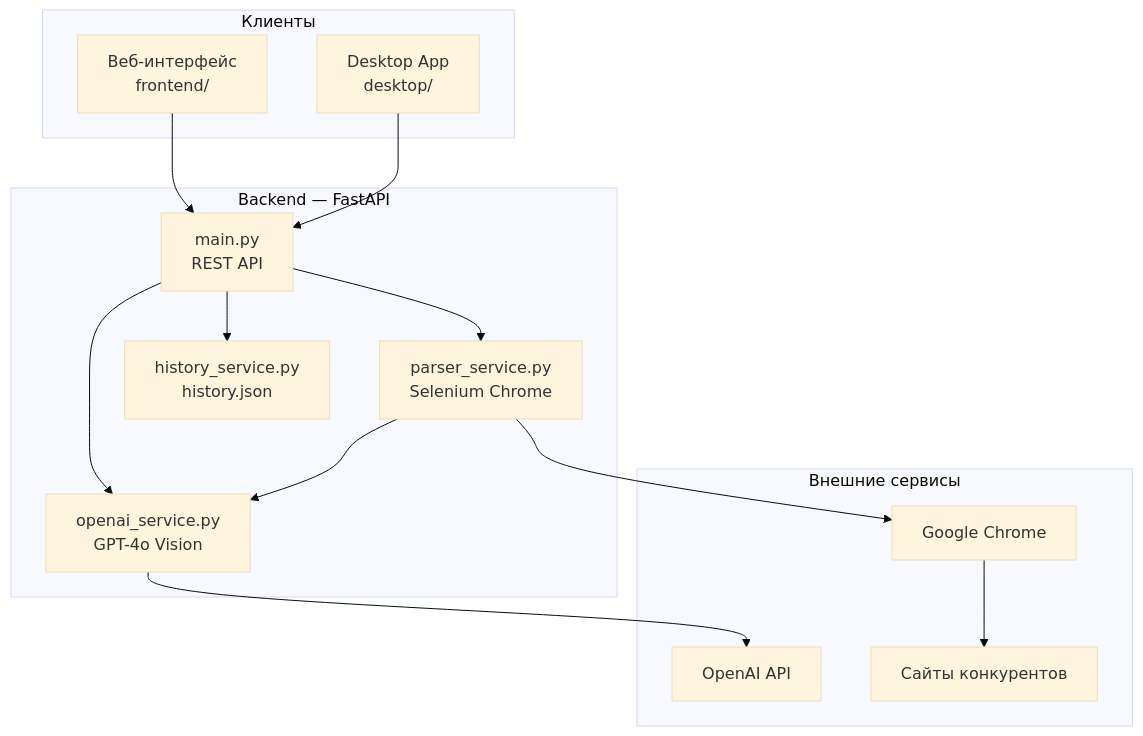
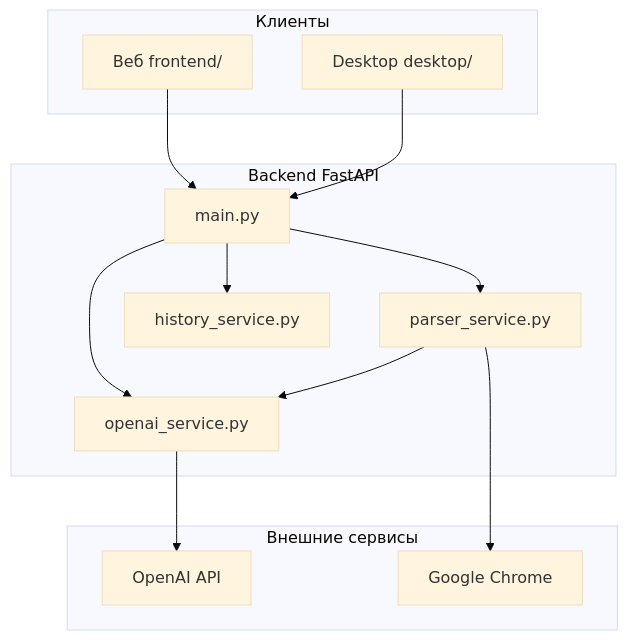
Before and after one commit to Dentoffae/ai_analyze: the diagram in README.md, drawn with Mermaid (base theme). The commit also changed other lines of this file and 13 other files, not shown here.

````diff
--- a/README.md
+++ b/README.md
@@ -57,30 +265,28 @@
 ```mermaid
 flowchart TB
     subgraph clients [Клиенты]
-        WEB[Веб-интерфейс<br/>frontend/]
-        DESK[Desktop App<br/>desktop/]
+        WEB[Веб frontend/]
+        DESK[Desktop desktop/]
     end
 
-    subgraph backend [Backend — FastAPI]
-        API[main.py<br/>REST API]
-        OAI[openai_service.py<br/>GPT-4o Vision]
-        PAR[parser_service.py<br/>Selenium Chrome]
-        HIS[history_service.py<br/>history.json]
+    subgraph backend [Backend FastAPI]
+        API[main.py]
+        OAI[openai_service.py]
+        PAR[parser_service.py]
+        HIS[history_service.py]
     end
 
     subgraph external [Внешние сервисы]
         OPENAI[OpenAI API]
         CHROME[Google Chrome]
-        SITES[Сайты конкурентов]
     end
 
     WEB --> API
     DESK --> API
     API --> OAI
     API --> PAR
     API --> HIS
     OAI --> OPENAI
     PAR --> CHROME
-    CHROME --> SITES
     PAR --> OAI
 ```
````
